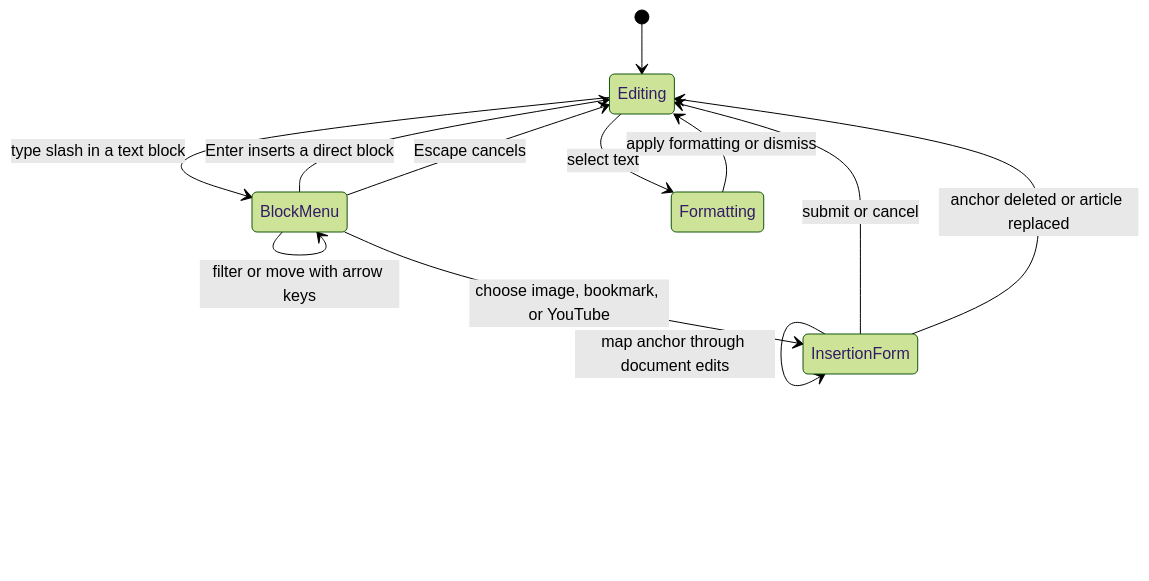
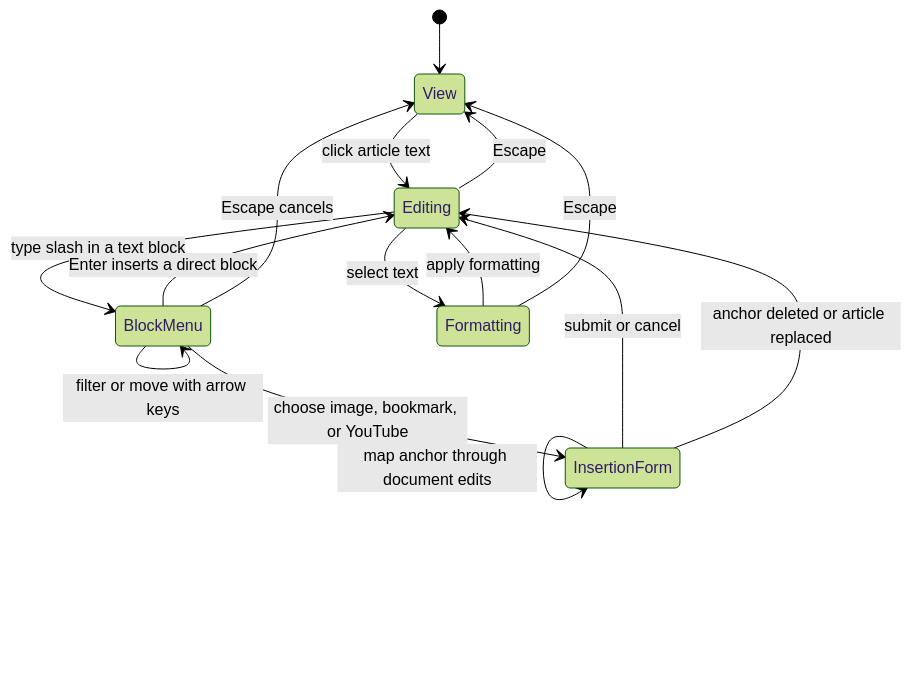
Before and after one commit to hypertextual/hypertextual: the third of 3 diagrams in docs/architecture/ui/document-editor.md, drawn with Mermaid (forest theme). The commit also changed other lines of this file and 26 other files, not shown here.

````diff
--- a/docs/architecture/ui/document-editor.md
+++ b/docs/architecture/ui/document-editor.md
@@ -84,14 +82,17 @@
 ```mermaid
 stateDiagram-v2
-    [*] --> Editing
+    [*] --> View
+    View --> Editing: click article text
+    Editing --> View: Escape
     Editing --> BlockMenu: type slash in a text block
     BlockMenu --> BlockMenu: filter or move with arrow keys
     BlockMenu --> Editing: Enter inserts a direct block
     BlockMenu --> InsertionForm: choose image, bookmark, or YouTube
     InsertionForm --> InsertionForm: map anchor through document edits
     InsertionForm --> Editing: submit or cancel
     InsertionForm --> Editing: anchor deleted or article replaced
-    BlockMenu --> Editing: Escape cancels
+    BlockMenu --> View: Escape cancels
     Editing --> Formatting: select text
-    Formatting --> Editing: apply formatting or dismiss
+    Formatting --> Editing: apply formatting
+    Formatting --> View: Escape
 ```
````
